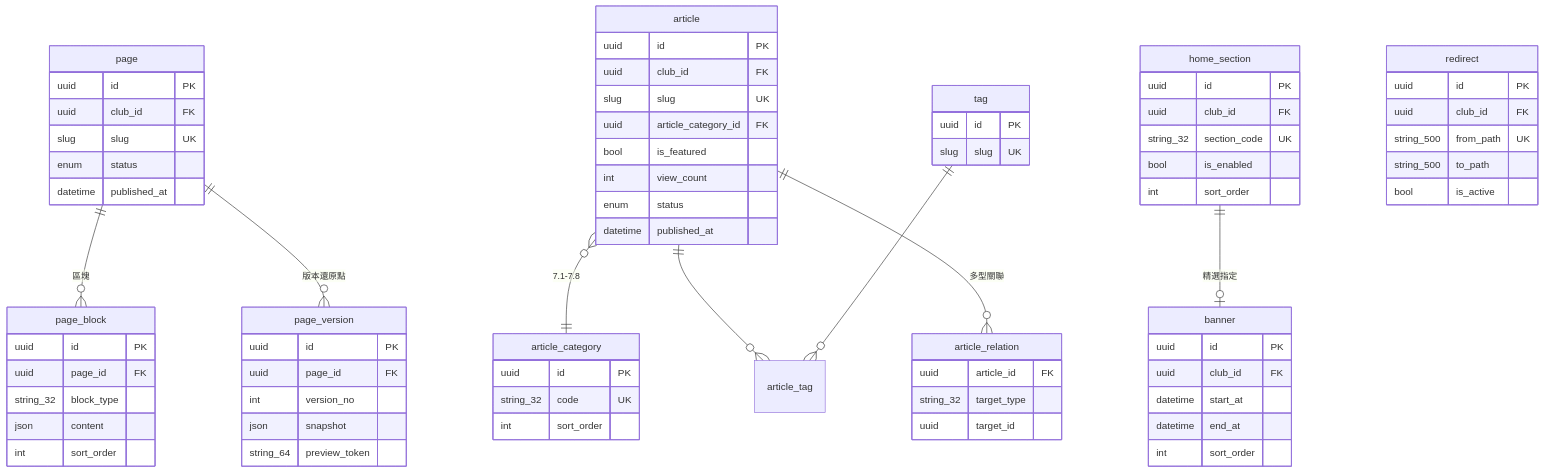
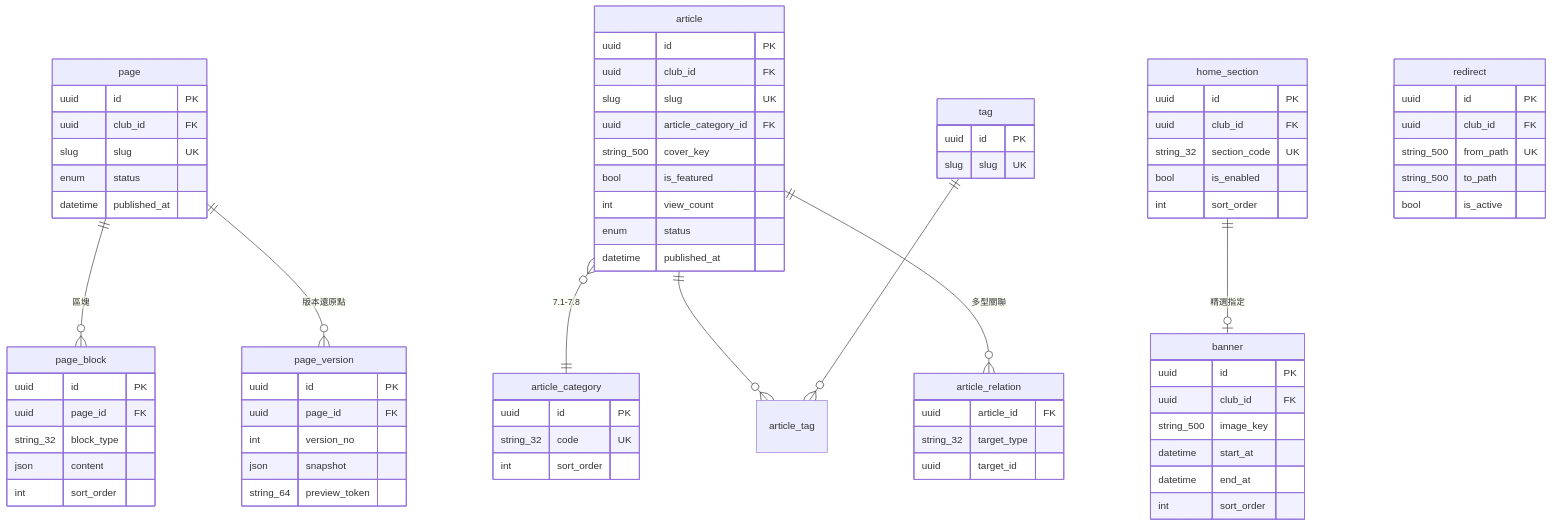
Before and after one commit to waiting0201/tcrfc: the first of 15 diagrams in docs/12a-database-erd.md, drawn with Mermaid. The commit also changed other lines of this file and 2 other files, not shown here.

First line of the commit message:
fix: S0-4 查證結案，補回三處被誤刪的圖片欄位並登記 S0-4b

````diff
--- a/docs/12a-database-erd.md
+++ b/docs/12a-database-erd.md
@@ -31,76 +31,78 @@
 ```mermaid
 erDiagram
   page ||--o{ page_block : "區塊"
   page ||--o{ page_version : "版本還原點"
   article }o--|| article_category : "7.1-7.8"
   article ||--o{ article_tag : ""
   tag ||--o{ article_tag : ""
   article ||--o{ article_relation : "多型關聯"
   home_section ||--o| banner : "精選指定"
   page {
     uuid id PK
     uuid club_id FK
     slug slug UK
     enum status
     datetime published_at
   }
   page_block {
     uuid id PK
     uuid page_id FK
     string_32 block_type
     json content
     int sort_order
   }
   page_version {
     uuid id PK
     uuid page_id FK
     int version_no
     json snapshot
     string_64 preview_token
   }
   article {
     uuid id PK
     uuid club_id FK
     slug slug UK
     uuid article_category_id FK
+    string_500 cover_key
     bool is_featured
     int view_count
     enum status
     datetime published_at
   }
   article_category {
     uuid id PK
     string_32 code UK
     int sort_order
   }
   tag {
     uuid id PK
     slug slug UK
   }
   article_relation {
     uuid article_id FK
     string_32 target_type
     uuid target_id
   }
   banner {
     uuid id PK
     uuid club_id FK
+    string_500 image_key
     datetime start_at
     datetime end_at
     int sort_order
   }
   home_section {
     uuid id PK
     uuid club_id FK
     string_32 section_code UK
     bool is_enabled
     int sort_order
   }
   redirect {
     uuid id PK
     uuid club_id FK
     string_500 from_path UK
     string_500 to_path
     bool is_active
   }
 ```
````
